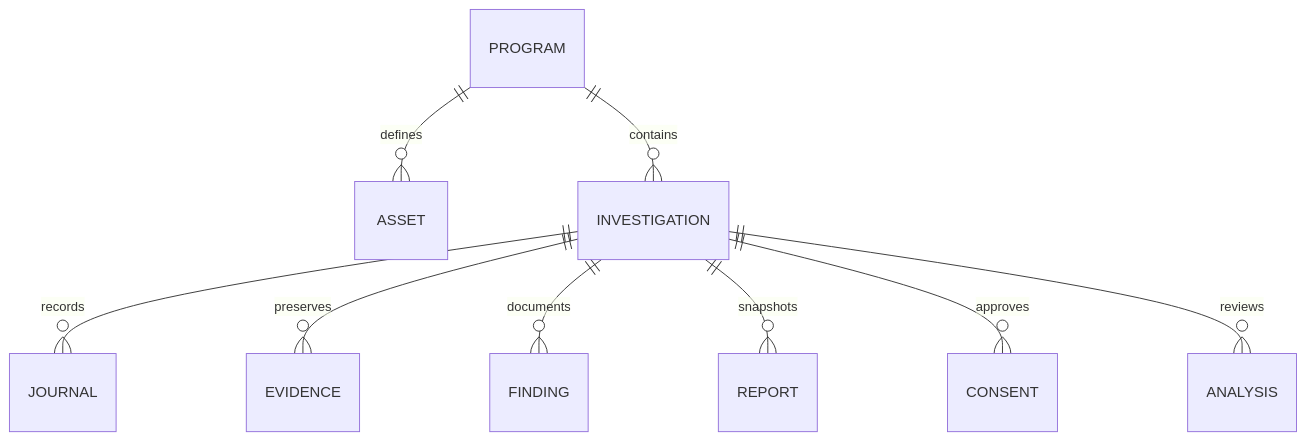
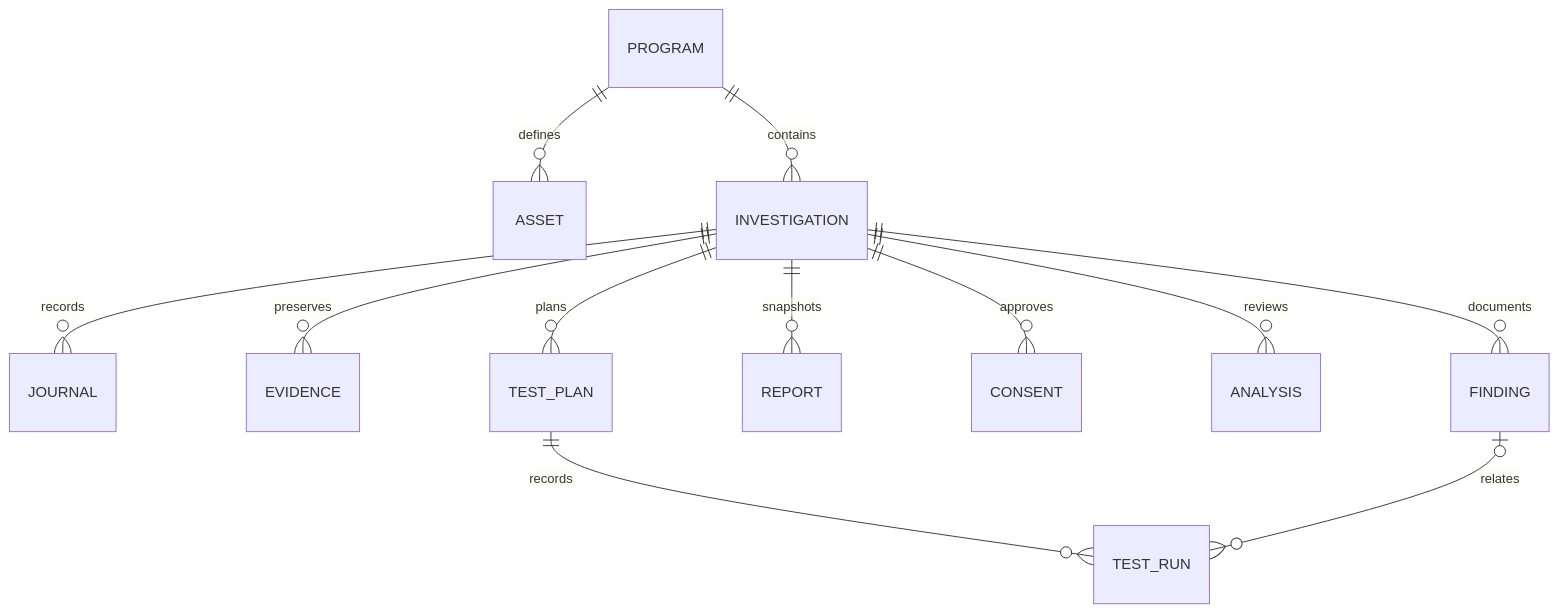
One commit to Gor0d/caspar changed the diagram in docs/ARCHITECTURE.md. Above: the diagram before and after it, drawn with Mermaid. The commit also changed other lines of this file and 23 other files, not shown here.

Commit message:
feat: add versioned manual test plans and retest history

````diff
--- a/docs/ARCHITECTURE.md
+++ b/docs/ARCHITECTURE.md
@@ -16,11 +16,14 @@
 ```mermaid
 erDiagram
     PROGRAM ||--o{ ASSET : defines
     PROGRAM ||--o{ INVESTIGATION : contains
     INVESTIGATION ||--o{ JOURNAL : records
     INVESTIGATION ||--o{ EVIDENCE : preserves
     INVESTIGATION ||--o{ FINDING : documents
     INVESTIGATION ||--o{ REPORT : snapshots
     INVESTIGATION ||--o{ CONSENT : approves
     INVESTIGATION ||--o{ ANALYSIS : reviews
+    INVESTIGATION ||--o{ TEST_PLAN : plans
+    TEST_PLAN ||--o{ TEST_RUN : records
+    FINDING o|--o{ TEST_RUN : relates
 ```
````
